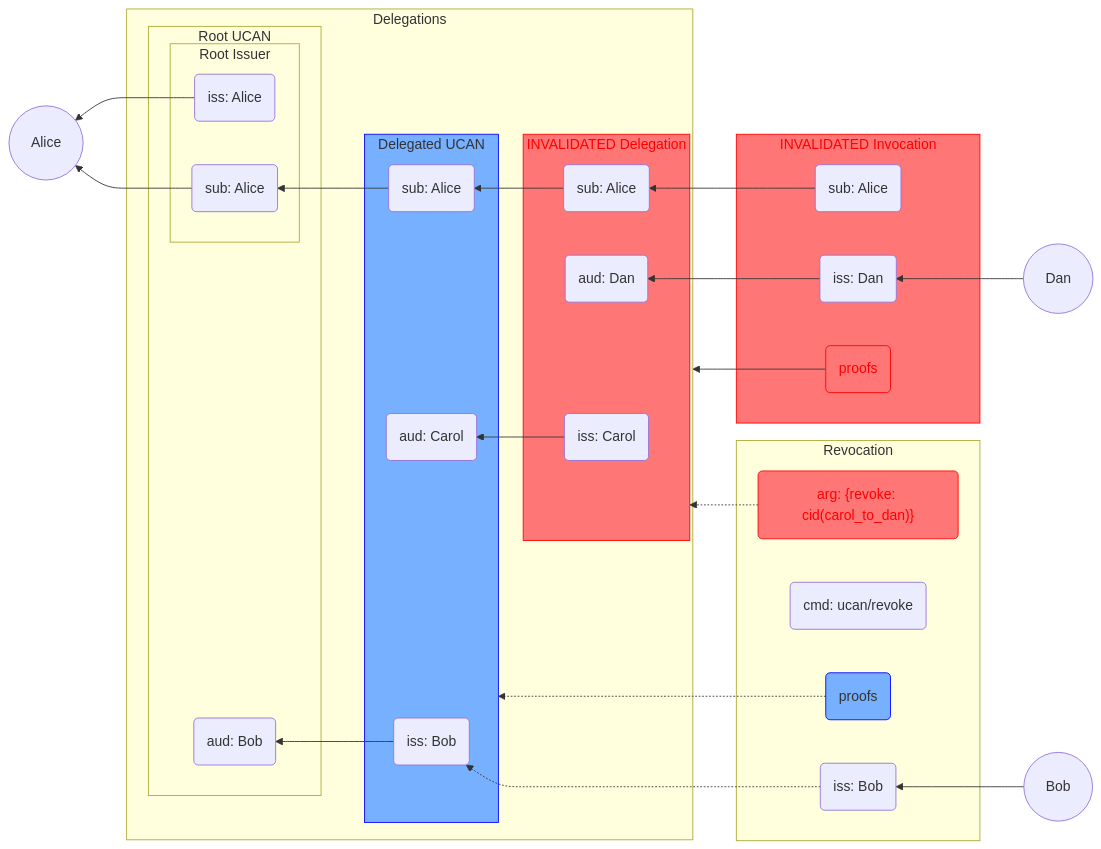
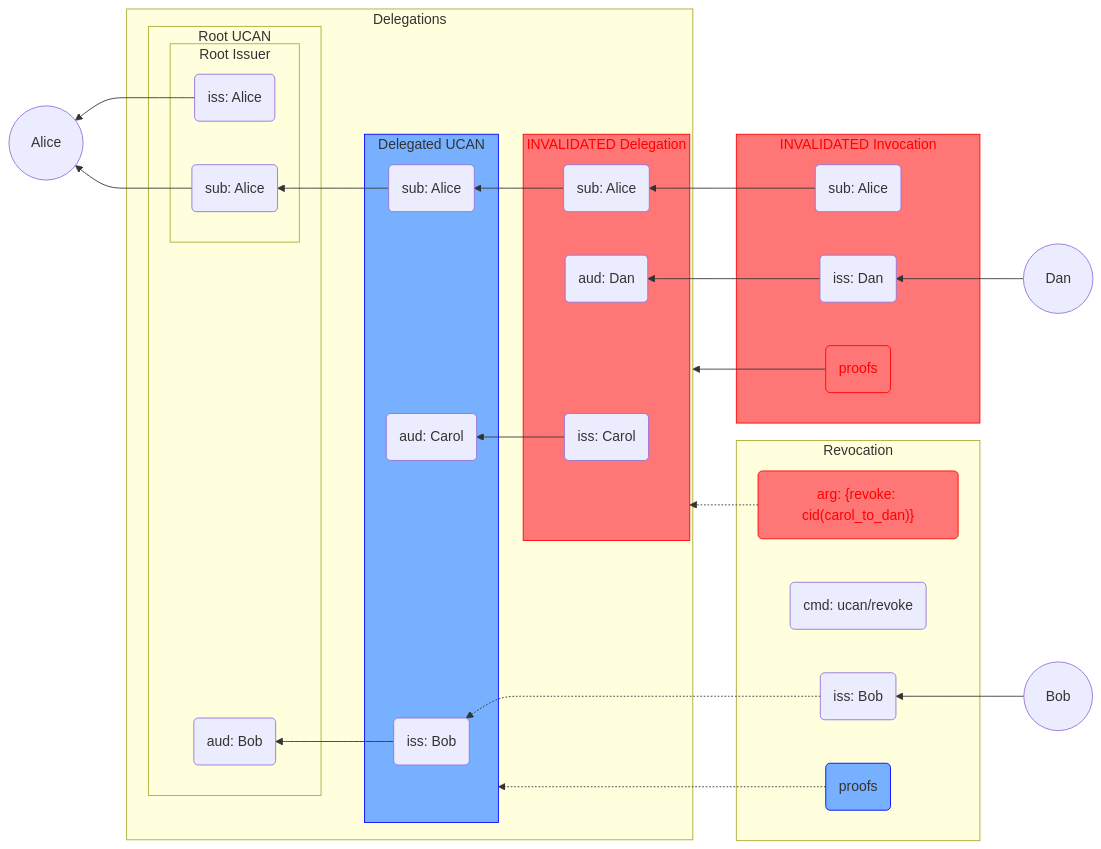
Before and after one commit to ucan-wg/revocation: the first of 2 diagrams in README.md, drawn with Mermaid.

Commit message:
More of same

````diff
--- a/README.md
+++ b/README.md
@@ -44,65 +44,64 @@
 ``` mermaid
 flowchart RL
     invoker((&nbsp&nbsp&nbsp&nbspDan&nbsp&nbsp&nbsp&nbsp))
     revoker((&nbsp&nbsp&nbsp&nbspBob&nbsp&nbsp&nbsp&nbsp))
     subject((&nbsp&nbsp&nbsp&nbspAlice&nbsp&nbsp&nbsp&nbsp))
 
     subgraph Delegations
         subgraph root [Root UCAN]
             subgraph rooting [Root Issuer]
                 rootIss(iss: Alice)
                 rootSub(sub: Alice)
             end
 
             rootAud(aud: Bob)
         end
 
         subgraph del1 [Delegated UCAN]
             del1Iss(iss: Bob) --> rootAud
+            del1Aud(aud: Carol)
             del1Sub(sub: Alice)
-            del1Aud(aud: Carol)
-
 
             del1Sub --> rootSub
         end
 
         subgraph del2 [INVALIDATED Delegation]
             del2Iss(iss: Carol) --> del1Aud
+            del2Aud(aud: Dan)
             del2Sub(sub: Alice)
-            del2Aud(aud: Dan)
 
             del2Sub --> del1Sub
         end
     end
 
     subgraph rev [Revocation]
         revArg("arg: {revoke: cid(carol_to_dan)}")
         revCmd("cmd: ucan/revoke")
+        revIss(iss: Bob)
         revPrf("proofs")
-        revIss(iss: Bob)
     end
 
      subgraph inv [INVALIDATED Invocation]
         invSub(sub: Alice)
         invIss(iss: Dan)
         invPrf("proofs")
     end
 
     revoker --> revIss
     revArg:::revoked -.-> del2:::revoked
     revIss -.-> del1Iss
     revPrf:::revocation -.-> del1:::revocation
 
     inv:::revoked
     invPrf:::revoked
 
     invIss --> del2Aud
     invoker --> invIss
     invSub --> del2Sub
     rootIss --> subject
     rootSub --> subject
     invPrf --> Delegations
 
     classDef revocation stroke:blue,fill:#76b0ff
     classDef revoked stroke:red,fill:#ff7676,color:red
 ```
````
